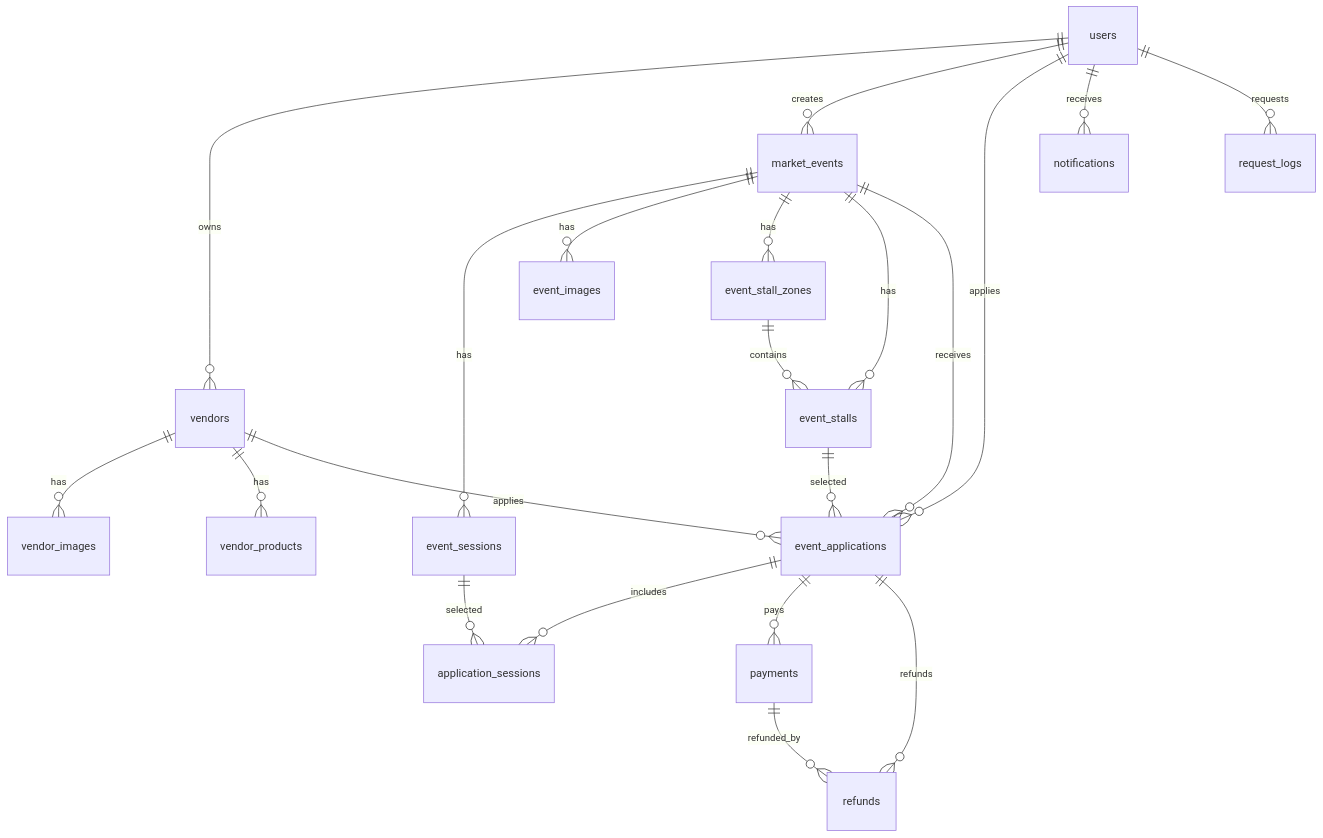
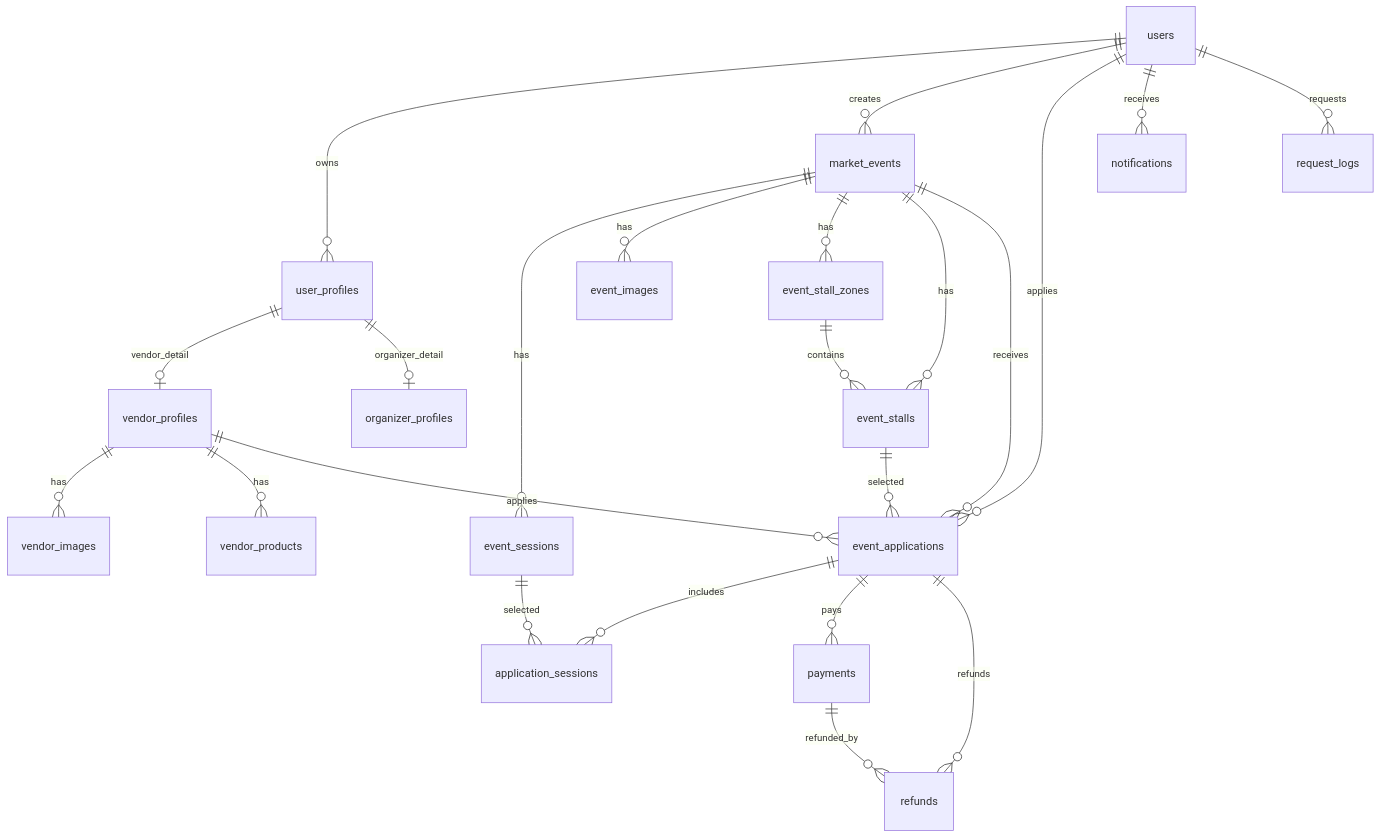
One commit to simon901125/Market-day-sql changed the diagram in 資料庫規劃.md. Above: the diagram before and after it, drawn with Mermaid. The commit also changed other lines of this file and 5 other files, not shown here.

Commit message:
調整users欄位、刪除vendors結構>新增user_profiles、vendor_profiles、organizer_profiles

````diff
--- a/資料庫規劃.md
+++ b/資料庫規劃.md
@@ -24,28 +24,30 @@
 ```mermaid
 erDiagram
-    users ||--o{ vendors : owns
+    users ||--o{ user_profiles : owns
     users ||--o{ market_events : creates
     users ||--o{ event_applications : applies
 
-    vendors ||--o{ vendor_images : has
-    vendors ||--o{ vendor_products : has
-    vendors ||--o{ event_applications : applies
+    user_profiles ||--o| vendor_profiles : vendor_detail
+    user_profiles ||--o| organizer_profiles : organizer_detail
+    vendor_profiles ||--o{ vendor_images : has
+    vendor_profiles ||--o{ vendor_products : has
+    vendor_profiles ||--o{ event_applications : applies
 
     market_events ||--o{ event_sessions : has
     market_events ||--o{ event_images : has
     market_events ||--o{ event_stall_zones : has
     market_events ||--o{ event_stalls : has
     market_events ||--o{ event_applications : receives
 
     event_stall_zones ||--o{ event_stalls : contains
     event_stalls ||--o{ event_applications : selected
 
     event_sessions ||--o{ application_sessions : selected
     event_applications ||--o{ application_sessions : includes
     event_applications ||--o{ payments : pays
     event_applications ||--o{ refunds : refunds
     payments ||--o{ refunds : refunded_by
 
     users ||--o{ notifications : receives
     users ||--o{ request_logs : requests
 ```
````
